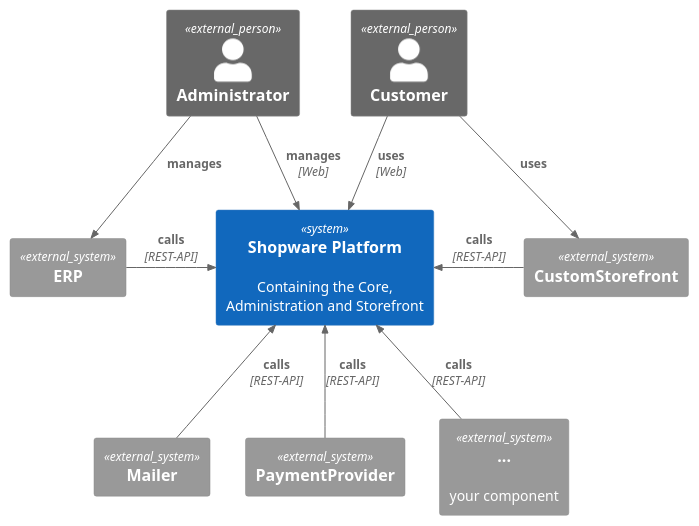
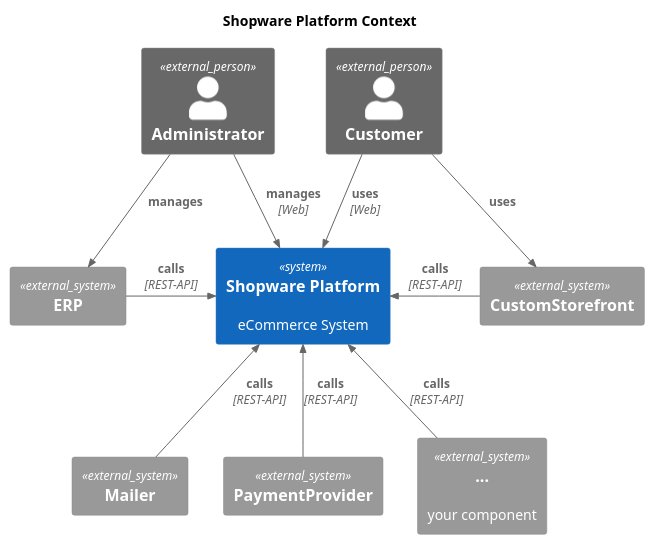
One commit to shopware/shopware changed the diagram in src/Docs/_new/2-platform/_puml/platform-context.puml. Above: the diagram before and after it, drawn with PlantUML. The commit also changed 2 other files, not shown here.

```diff
--- a/src/Docs/_new/2-platform/_puml/platform-context.puml
+++ b/src/Docs/_new/2-platform/_puml/platform-context.puml
@@ -1,26 +1,28 @@
 @startuml LAYOUT_TOP_DOWN
 !includeurl https://raw.githubusercontent.com/RicardoNiepel/C4-PlantUML/release/1-0/C4_Context.puml
+
+title Shopware Platform Context
 
 Person_Ext(admin, "Administrator")
 Person_Ext(customer, "Customer")
 
-System(platform, "Shopware Platform", "Containing the Core, Administration and Storefront")
+System(platform, "Shopware Platform", "eCommerce System")
 
 System_Ext(erp, "ERP")
 System_Ext(mailer, "Mailer")
 System_Ext(paymentProvider, "PaymentProvider")
 System_Ext(customStorefront, "CustomStorefront")
 System_Ext(customComponent, "...", "your component")
 
 Rel_D(admin, platform, "manages", "Web")
 Rel_D(admin, erp, "manages")
 Rel_D(customer, platform, "uses", "Web")
 Rel_D(customer, customStorefront, "uses")
 
 Rel_R(erp, platform, "calls", "REST-API")
 Rel_U(mailer, platform, "calls", "REST-API")
 Rel_L(customStorefront, platform, "calls", "REST-API")
 Rel_U(customComponent, platform, "calls", "REST-API")
 Rel_U(paymentProvider, platform, "calls", "REST-API")
 
 @enduml
```
